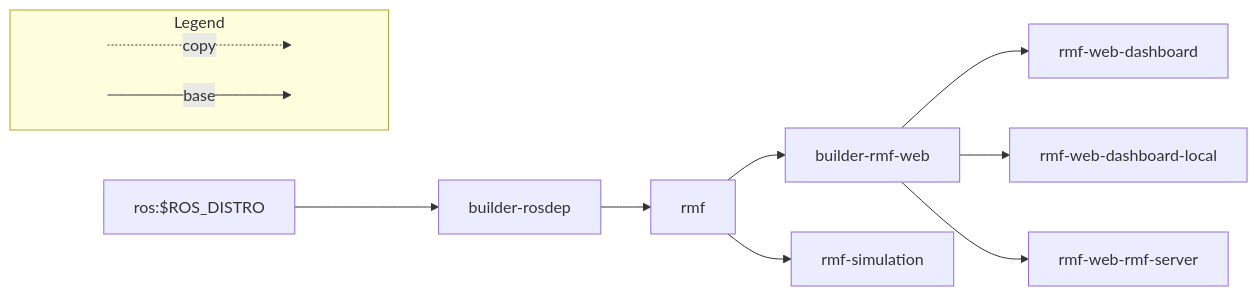
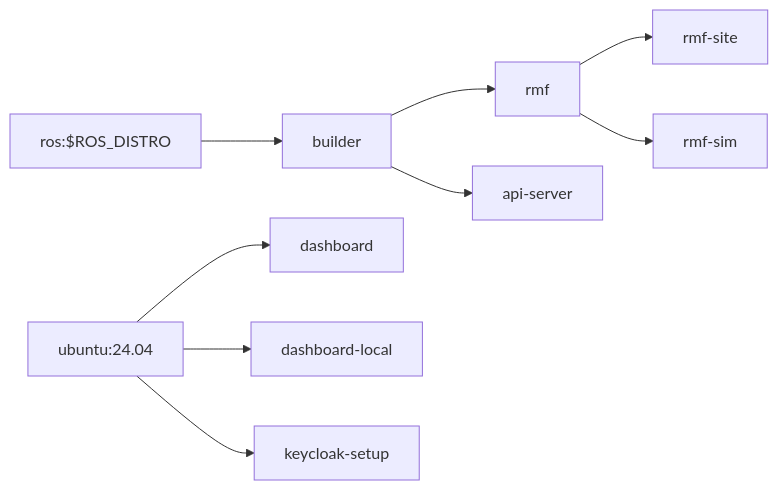
Before and after one commit to open-rmf/rmf_deployment_template: the diagram in README.md, drawn with Mermaid. The commit also changed other lines of this file, not shown here.

First line of the commit message:
cleanup readme for clear differences between prod and local test deployment (#41)

````diff
--- a/README.md
+++ b/README.md
@@ -152,18 +38,11 @@
 ```mermaid
 flowchart LR
-    subgraph Legend
-      direction LR
-      start1[ ] -..->|copy| stop1[ ]
-      start2[ ] --->|base| stop2[ ]
-      style start1 height:0px;
-      style stop1 height:0px;
-      style start2 height:0px;
-      style stop2 height:0px;
-    end
-    ros:$ROS_DISTRO --> builder-rosdep --> rmf
-    rmf --> builder-rmf-web
-    rmf --> rmf-simulation
-    builder-rmf-web --> rmf-web-dashboard
-    builder-rmf-web --> rmf-web-dashboard-local
-    builder-rmf-web --> rmf-web-rmf-server
+    ros:$ROS_DISTRO --> builder
+    builder --> rmf
+    builder --> api-server
+    rmf --> rmf-site
+    rmf --> rmf-sim
+    ubuntu:24.04 --> dashboard
+    ubuntu:24.04 --> dashboard-local
+    ubuntu:24.04 --> keycloak-setup
 ```
````
